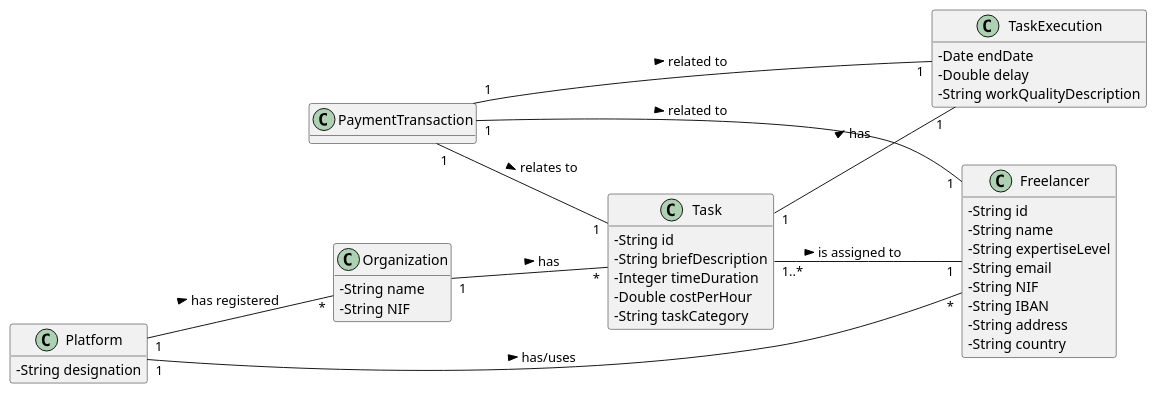
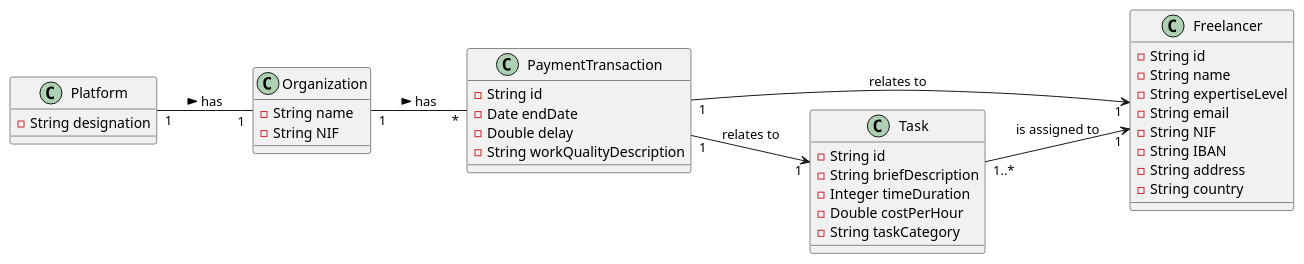
The diagram in docs/UC6 - Check performance indicators/UC6_MD.puml (pedrolemos4/LAPR2), drawn with PlantUML before and after one commit. The commit also changed 1 other file, not shown here.

```diff
--- a/docs/UC6 - Check performance indicators/UC6_MD.puml
+++ b/docs/UC6 - Check performance indicators/UC6_MD.puml
@@ -1,54 +1,45 @@
 @startuml
-skinparam classAttributeIconSize 0
-hide methods
 left to right direction
 
 class Platform {
-  -String designation
+    -String designation
+}
+
+class Organization {
+    -String name
+    -String NIF
+}
+
+class PaymentTransaction {
+    -String id
+    -Date endDate
+    -Double delay
+    -String workQualityDescription
+}
+
+class Freelancer {
+    -String id
+    -String name
+    -String expertiseLevel
+    -String email
+    -String NIF
+    -String IBAN
+    -String address
+    -String country
+}
+
+class Task {
+  -String id
+  -String briefDescription
+  -Integer timeDuration
+  -Double costPerHour
+  -String taskCategory
 }
 
 
-class Freelancer {
-  -String id
-  -String name
-  -String expertiseLevel
-  -String email
-  -String NIF
-  -String IBAN
-  -String address
-  -String country
-  }
-  
-class Organization {
-  -String name
-  -String NIF
-}
-
-class Task {
- -String id
- -String briefDescription
- -Integer timeDuration
- -Double costPerHour
- -String taskCategory
-}
-
-class TaskExecution {
- -Date endDate
- -Double delay
- -String workQualityDescription
-}
-
-class PaymentTransaction{
-}
-
-
-Platform "1" -- "*" Freelancer : has/uses >
-PaymentTransaction "1" -- "1" Freelancer: related to >
-PaymentTransaction "1" -- "1" Task: relates to >
-PaymentTransaction "1" -- "1" TaskExecution: related to >
-Task "1" -- "1" TaskExecution: has >
-Task "1..*" -- "1" Freelancer: is assigned to >
-Organization "1" -- "*" Task: has >
-Platform "1" -- "*" Organization : has registered >
-
+Platform "1" -- "1" Organization : has >
+Organization "1" -- "*" PaymentTransaction : has >
+PaymentTransaction "1" --> "1" Freelancer : relates to
+PaymentTransaction "1" --> "1" Task : relates to
+Task "1..*" --> "1" Freelancer : is assigned to
 @enduml
```
